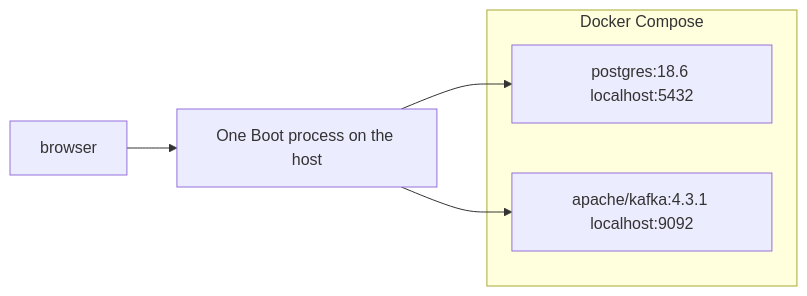
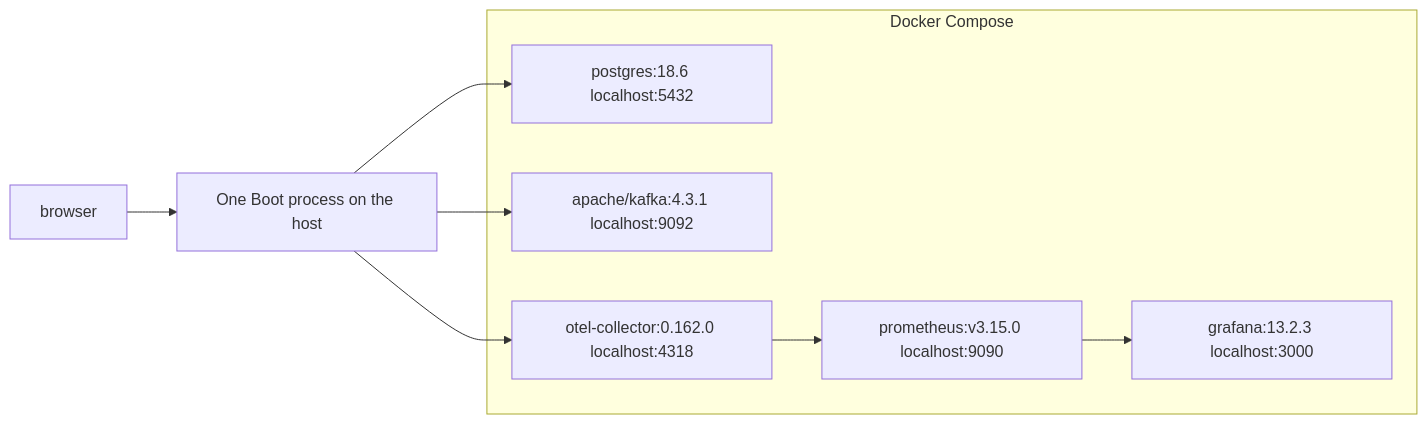
One commit to kevrsc/flashsale changed the second of 4 diagrams in _bmad-output/initiative-flash-sale-inventory/architecture-flash-sale-inventory/architecture-flash-sale-inventory.md. Above: the diagram before and after it, drawn with Mermaid. The commit also changed other lines of this file and 10 other files, not shown here.

````diff
--- a/_bmad-output/initiative-flash-sale-inventory/architecture-flash-sale-inventory/architecture-flash-sale-inventory.md
+++ b/_bmad-output/initiative-flash-sale-inventory/architecture-flash-sale-inventory/architecture-flash-sale-inventory.md
@@ -136,10 +151,16 @@
 ```mermaid
 flowchart LR
   browser --> app["One Boot process on the host"]
   subgraph compose["Docker Compose"]
     pg["postgres:18.6 localhost:5432"]
     kafka["apache/kafka:4.3.1 localhost:9092"]
+    otel["otel-collector:0.162.0 localhost:4318"]
+    prom["prometheus:v3.15.0 localhost:9090"]
+    graf["grafana:13.2.3 localhost:3000"]
   end
   app --> pg
   app --> kafka
+  app --> otel
+  otel --> prom
+  prom --> graf
 ```
````
